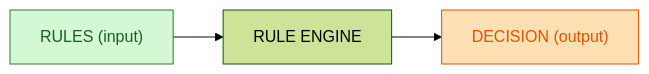
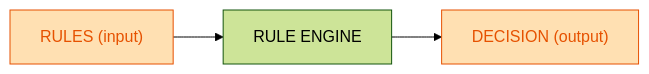
The first of 3 diagrams in sdsd.md (inskillflow/Travailler-en-IA-ecosysteme-et-opportunites), drawn with Mermaid (forest theme) before and after one commit.

````diff
--- a/sdsd.md
+++ b/sdsd.md
@@ -4,10 +4,10 @@
 ```mermaid
 flowchart LR
   RULES["RULES (input)"] --> ENGINE["RULE ENGINE"] --> DEC["DECISION (output)"];
 
-  classDef input fill:#d4f7d4,stroke:#2e7d32,stroke-width:1px,color:#1b5e20;
+  classDef input fill:#ffe0b2,stroke:#e65100,stroke-width:1px,color:#e65100;
   classDef output fill:#ffe0b2,stroke:#e65100,stroke-width:1px,color:#e65100;
 
   class RULES input;
   class DEC output;
 ```
````
